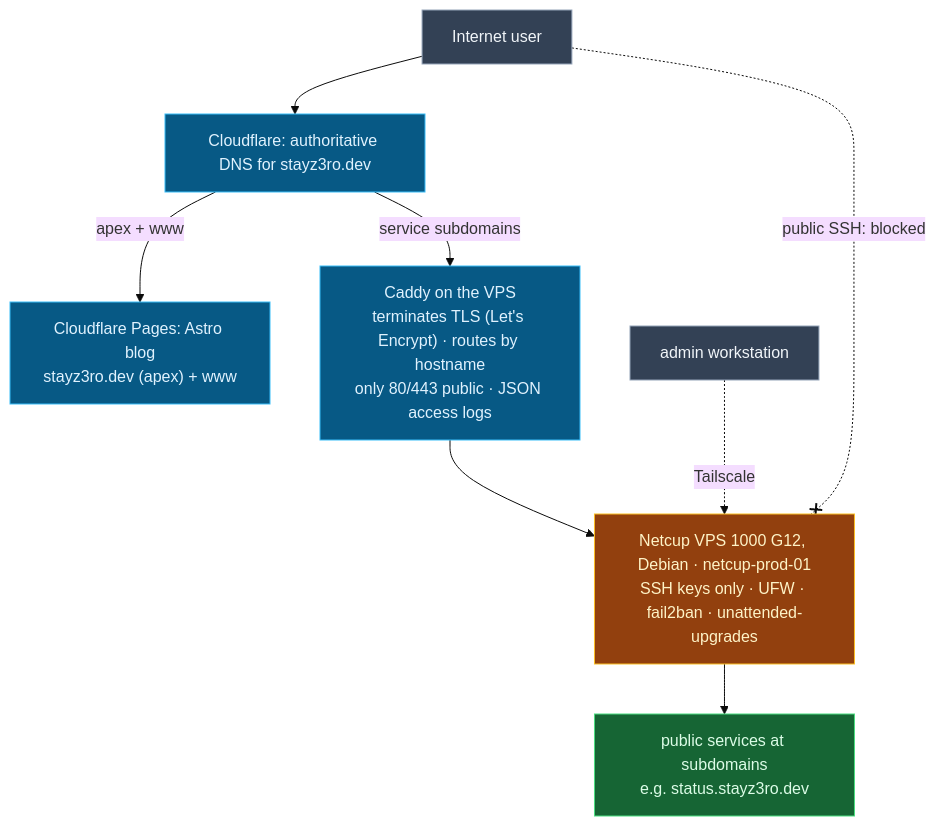
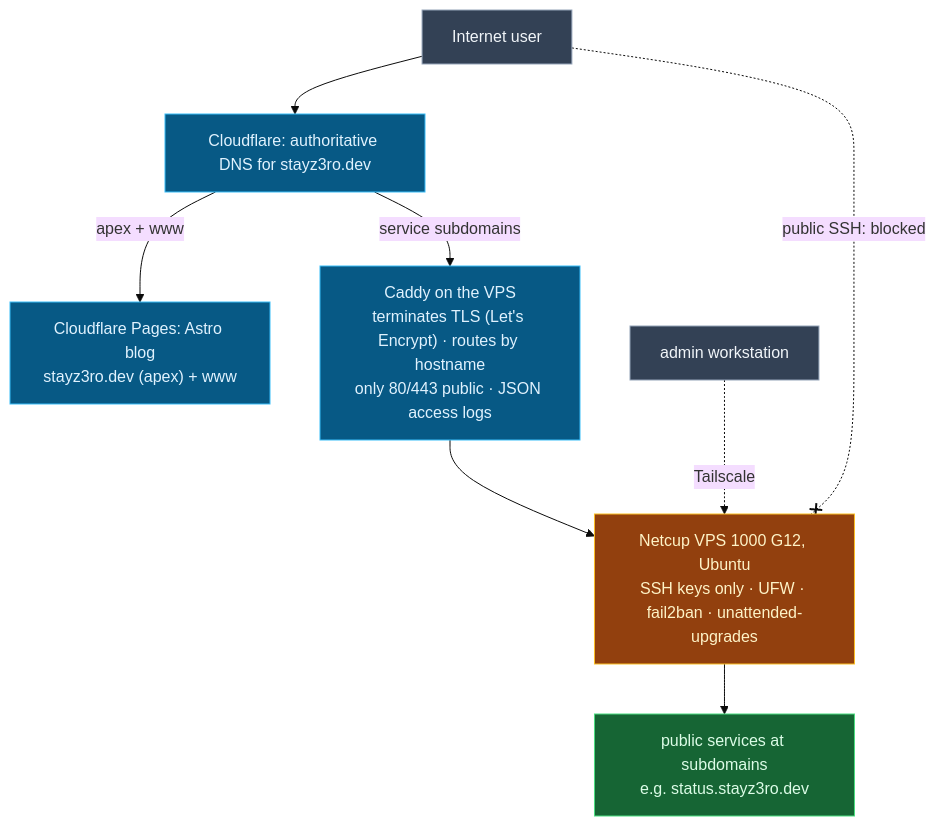
The diagram in diagrams/architecture.md (stayZ3RO/vps-cloud-infra-lab), drawn with Mermaid (base theme) before and after one commit. The commit also changed 24 other files, not shown here.

````diff
--- a/diagrams/architecture.md
+++ b/diagrams/architecture.md
@@ -8,26 +8,26 @@
 ```mermaid
 flowchart TD
     USER["Internet user"]
     CF["Cloudflare: authoritative DNS for stayz3ro.dev"]
     PAGES["Cloudflare Pages: Astro blog<br/>stayz3ro.dev (apex) + www"]
     CADDY["Caddy on the VPS<br/>terminates TLS (Let's Encrypt) · routes by hostname<br/>only 80/443 public · JSON access logs"]
-    VPS["Netcup VPS 1000 G12, Debian · netcup-prod-01<br/>SSH keys only · UFW · fail2ban · unattended-upgrades"]
+    VPS["Netcup VPS 1000 G12, Ubuntu<br/>SSH keys only · UFW · fail2ban · unattended-upgrades"]
     SVCS["public services at subdomains<br/>e.g. status.stayz3ro.dev"]
     ADMIN["admin workstation"]
 
     USER --> CF
     CF -->|apex + www| PAGES
     CF -->|"service subdomains"| CADDY
     CADDY --> VPS --> SVCS
     ADMIN -.->|Tailscale| VPS
     USER -. "public SSH: blocked" .-x VPS
 
     classDef ext fill:#334155,stroke:#94a3b8,color:#f1f5f9
     classDef edge fill:#075985,stroke:#38bdf8,color:#e0f2fe
     classDef host fill:#92400e,stroke:#fbbf24,color:#fef3c7
     classDef svc fill:#166534,stroke:#4ade80,color:#dcfce7
     class USER,ADMIN ext
     class CF,PAGES,CADDY edge
     class VPS host
     class SVCS svc
 ```
````
